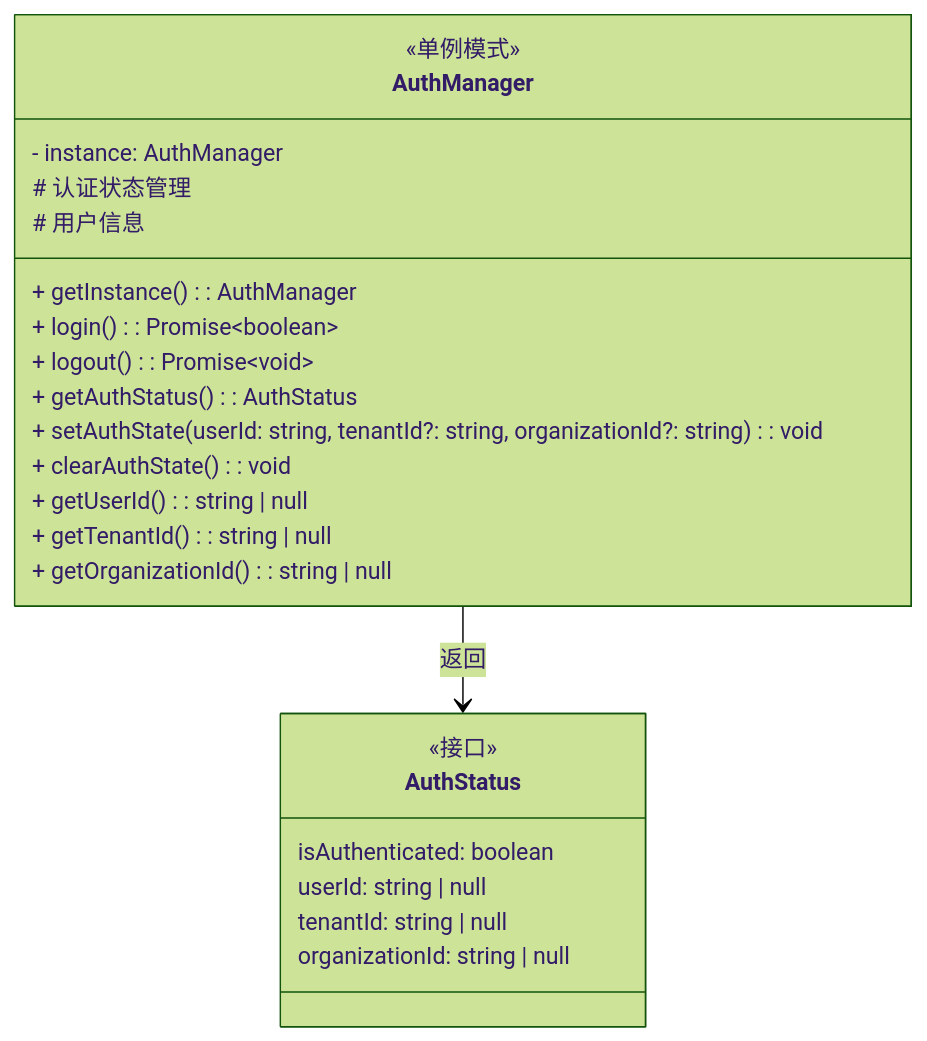
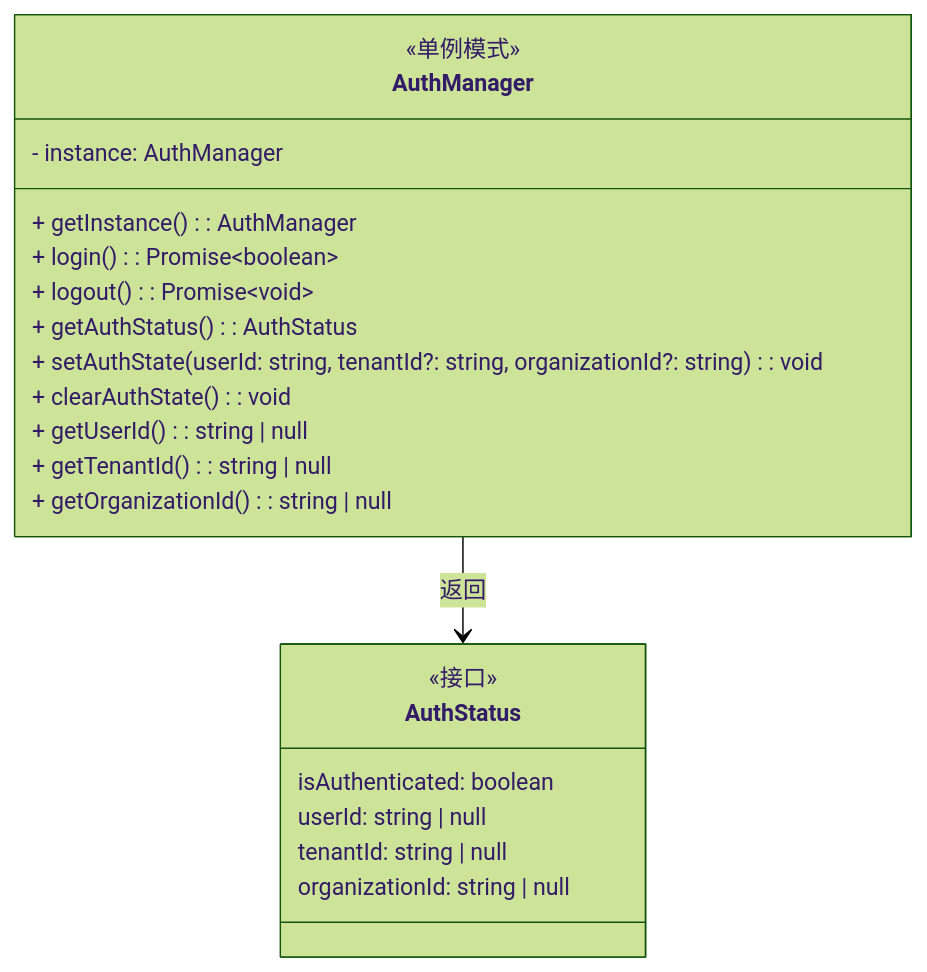
The diagram in docs/mcp/uml/auth-management-components.mmd (HL8-ORG/oksai-cc-api-server), drawn with Mermaid (forest theme) before and after one commit. The commit also changed other lines of this file and 17 other files, not shown here.

First line of the commit message:
style: update UML diagram comment format from title to Mermaid comment

````diff
--- a/docs/mcp/uml/auth-management-components.mmd
+++ b/docs/mcp/uml/auth-management-components.mmd
@@ -3,31 +1,28 @@
-```mermaid
+%% 认证管理组件图
 classDiagram
     class AuthManager {
         <<单例模式>>
         - instance: AuthManager
 
         + getInstance(): AuthManager
         + login(): Promise~boolean~
         + logout(): Promise~void~
         + getAuthStatus(): AuthStatus
 
-        # 认证状态管理
         + setAuthState(userId: string, tenantId?: string, organizationId?: string): void
         + clearAuthState(): void
 
-        # 用户信息
         + getUserId(): string | null
         + getTenantId(): string | null
         + getOrganizationId(): string | null
     }
 
     class AuthStatus {
         <<接口>>
         isAuthenticated: boolean
         userId: string | null
         tenantId: string | null
         organizationId: string | null
     }
 
     AuthManager --> AuthStatus: 返回
-```
````
